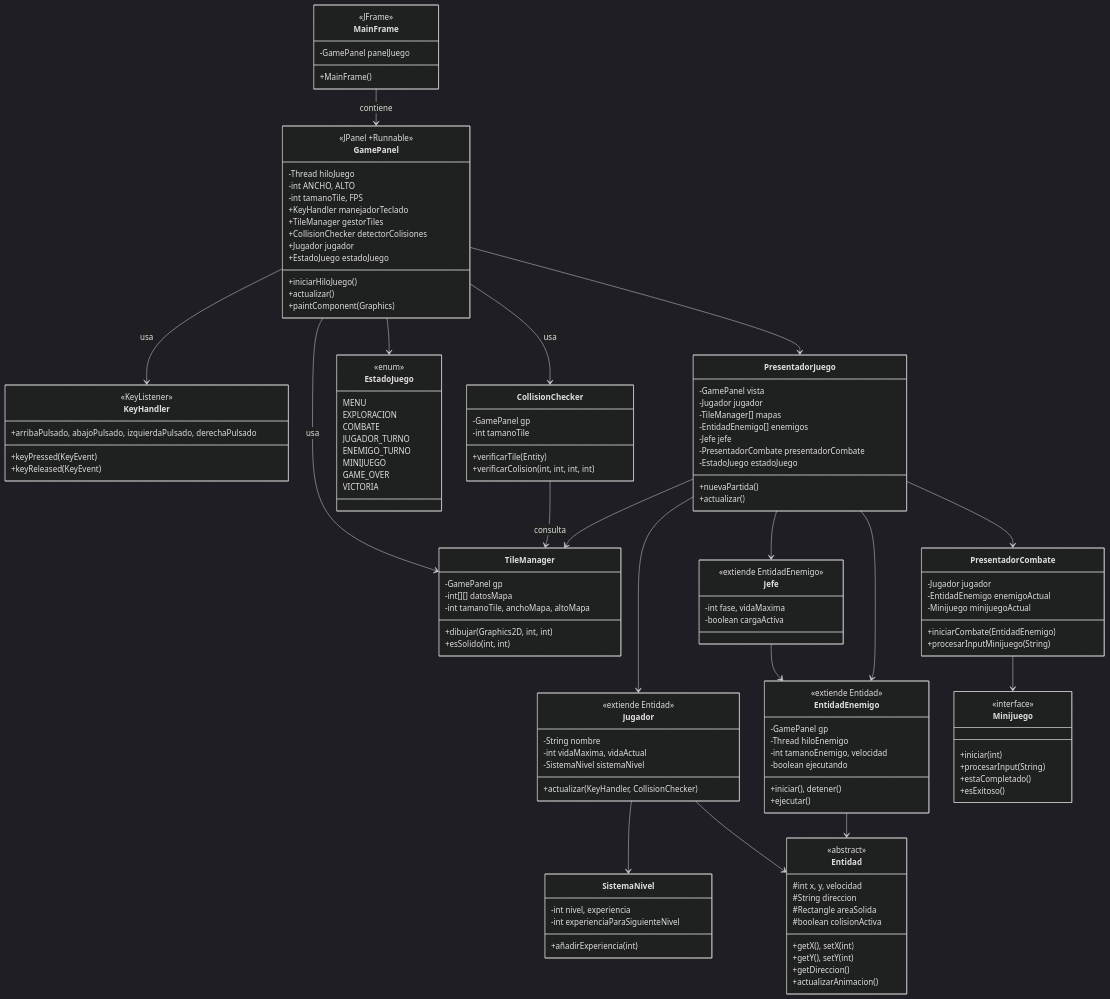
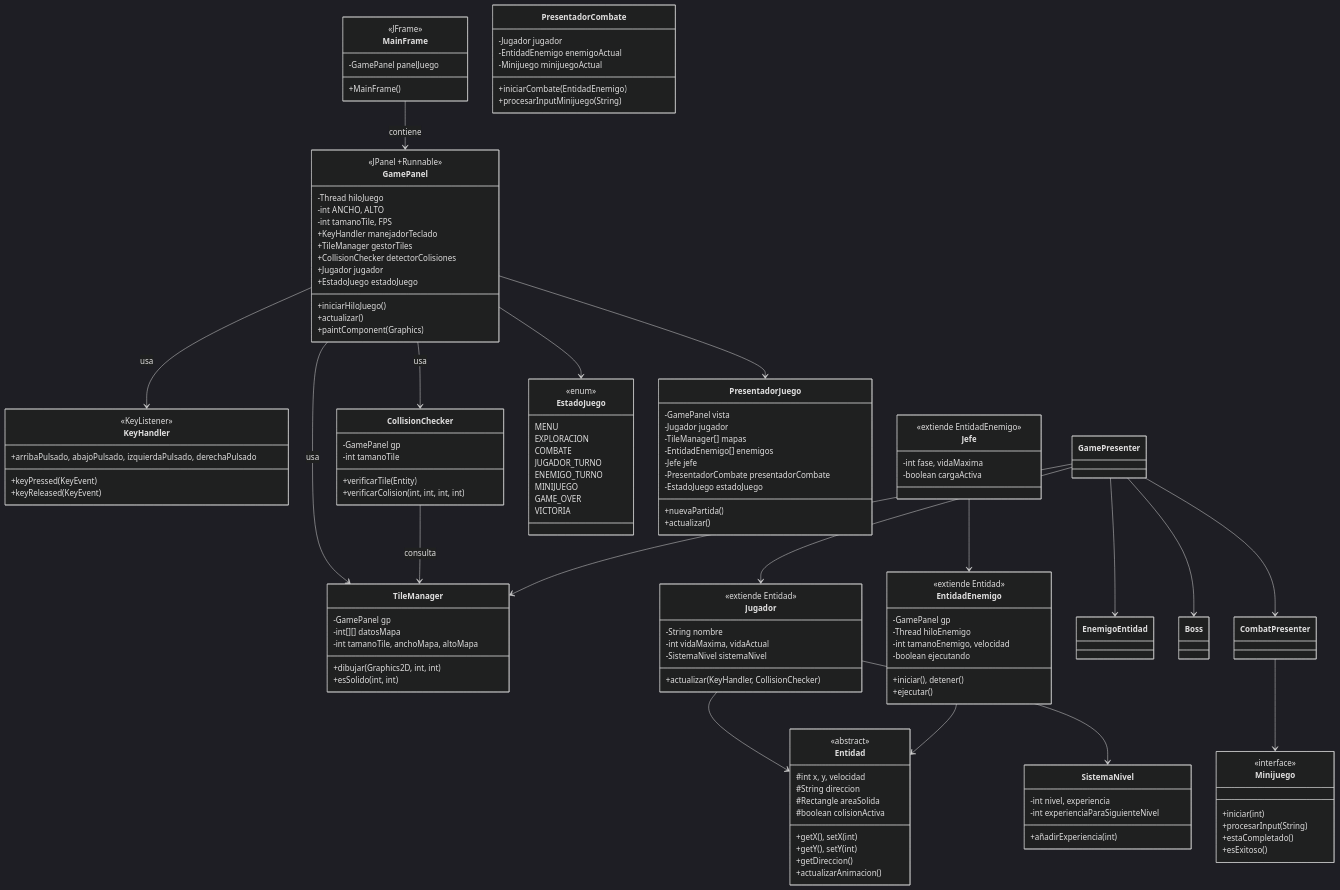
The diagram in DESIGN.md (LastraMigue/Videogame-iLERNTALE), drawn with Mermaid (dark theme) before and after one commit. The commit also changed 4 other files, not shown here.

````diff
--- a/DESIGN.md
+++ b/DESIGN.md
@@ -142,10 +142,10 @@
     Jugador --> Entidad
     EntidadEnemigo --> Entidad
     Jefe --> EntidadEnemigo
-    PresentadorJuego --> Jugador
-    PresentadorJuego --> TileManager
-    PresentadorJuego --> EntidadEnemigo
-    PresentadorJuego --> Jefe
-    PresentadorJuego --> PresentadorCombate
-    PresentadorCombate --> Minijuego
+    GamePresenter --> Jugador
+    GamePresenter --> TileManager
+    GamePresenter --> EnemigoEntidad
+    GamePresenter --> Boss
+    GamePresenter --> CombatPresenter
+    CombatPresenter --> Minijuego
 ```
````
